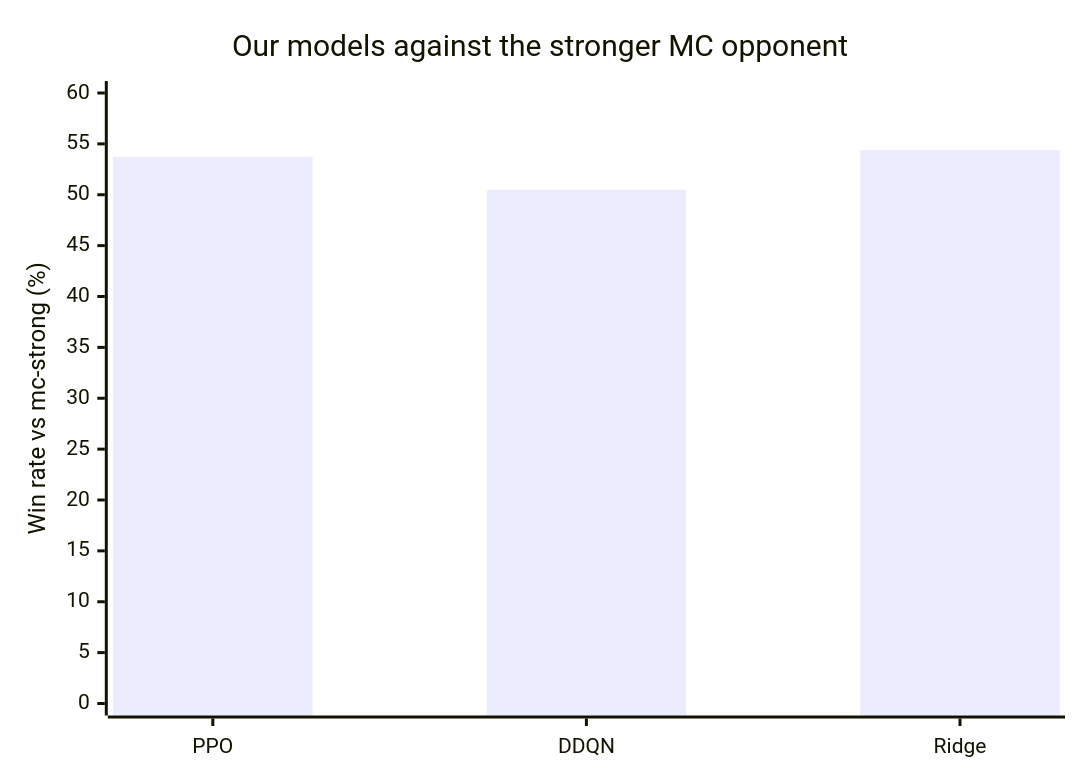
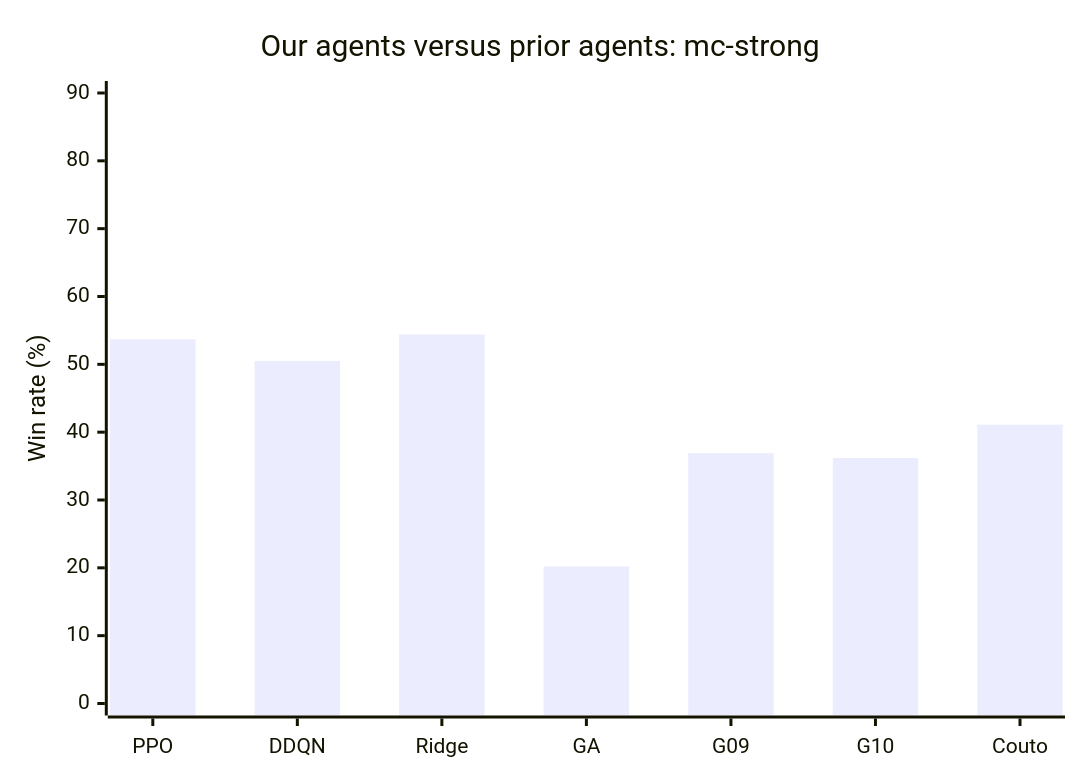
One commit to BrianHuangNTUCSIE/cant-stop-rl changed the second of 4 diagrams in README.md. Above: the diagram before and after it, drawn with Mermaid. The commit also changed other lines of this file, not shown here.

Commit message:
Reframe README around comparison with prior agents

````diff
--- a/README.md
+++ b/README.md
@@ -45,7 +55,7 @@
 ```mermaid
 xychart-beta
-    title "Our models against the stronger MC opponent"
-    x-axis [PPO, DDQN, Ridge]
-    y-axis "Win rate vs mc-strong (%)" 0 --> 60
-    bar [53.7, 50.5, 54.4]
+    title "Our agents versus prior agents: mc-strong"
+    x-axis [PPO, DDQN, Ridge, GA, G09, G10, Couto]
+    y-axis "Win rate (%)" 0 --> 90
+    bar [53.7, 50.5, 54.4, 20.2, 36.9, 36.2, 41.1]
 ```
````
